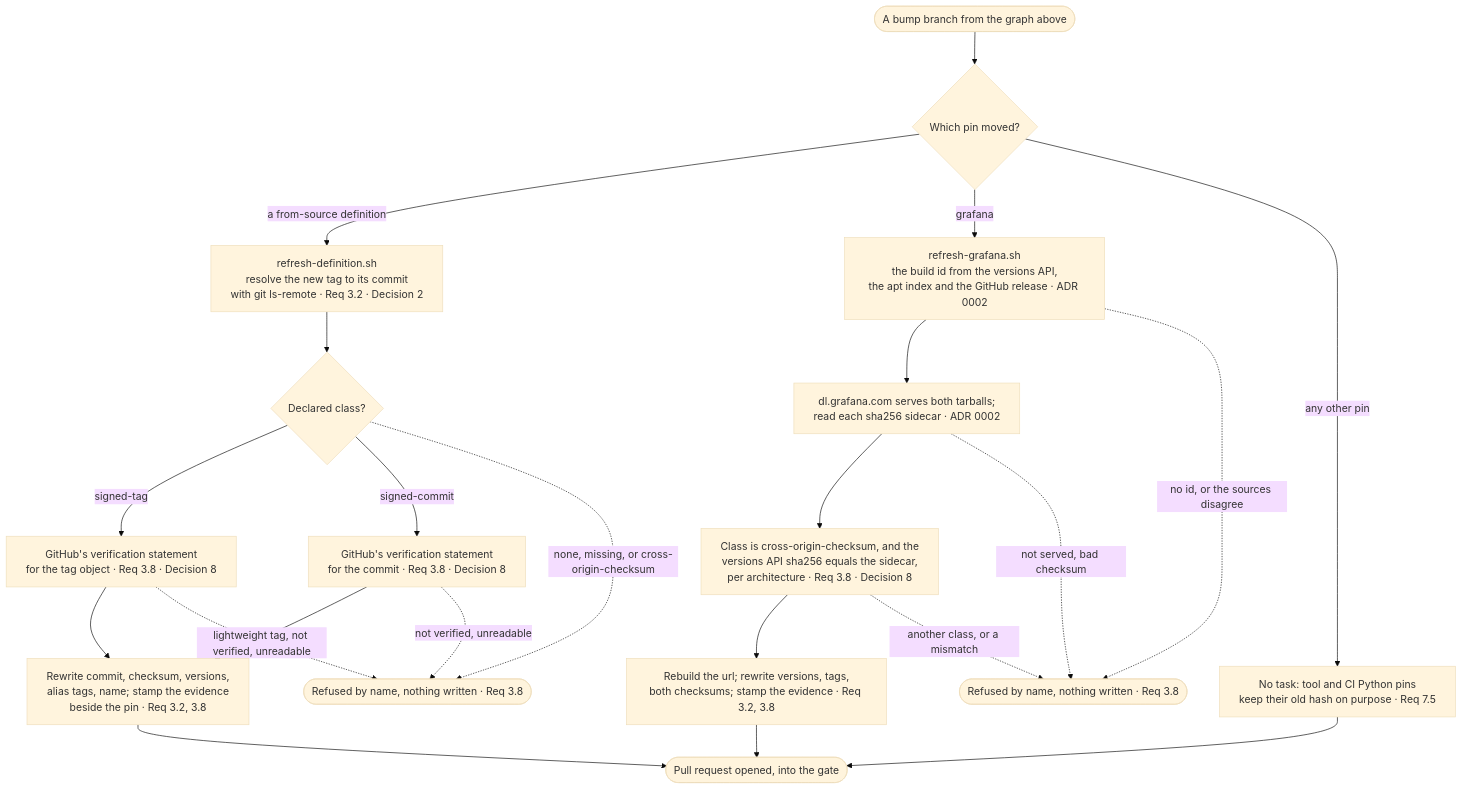
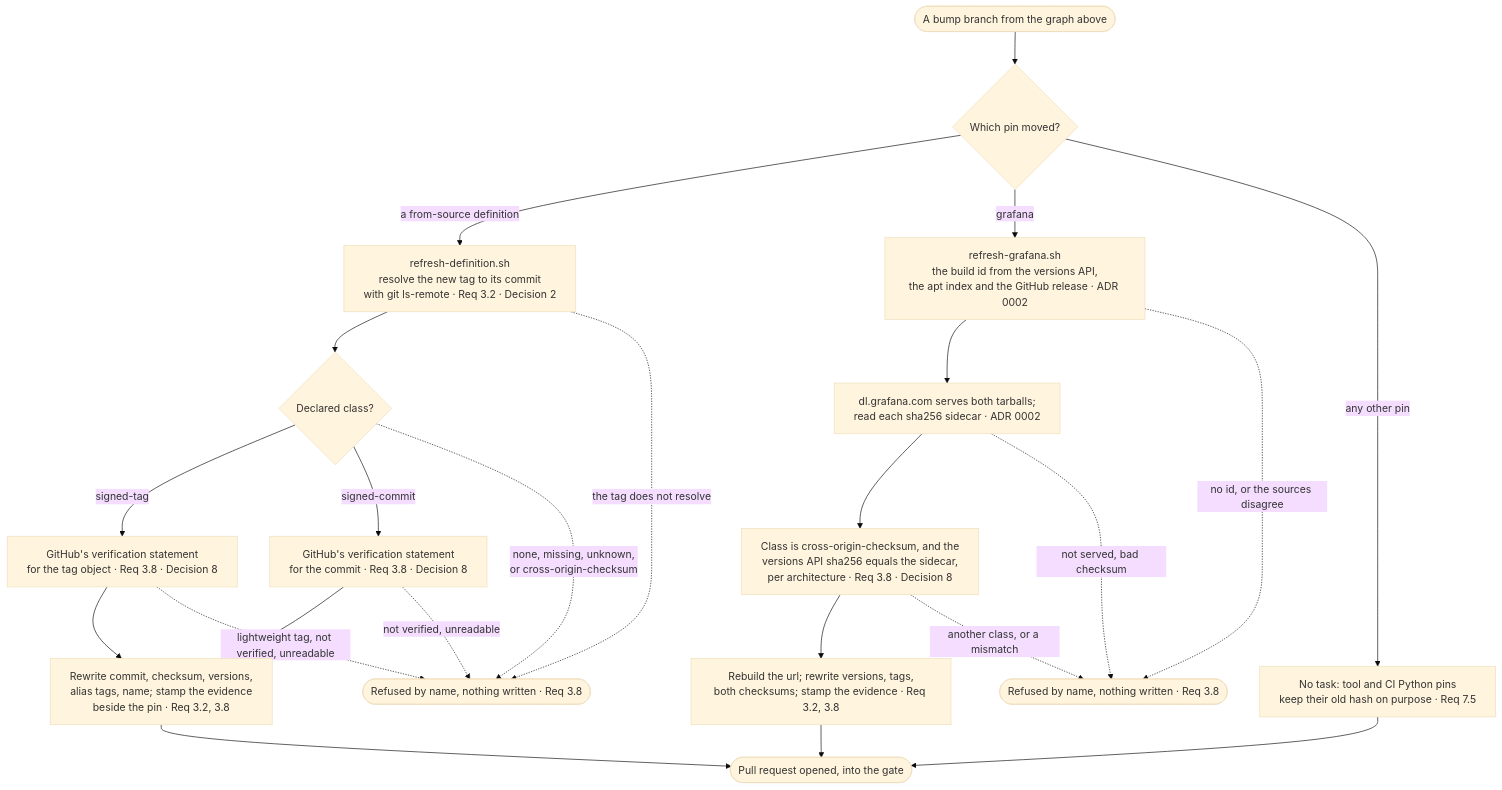
One commit to mm-weber/dhc-pipeline changed the third of 31 diagrams in docs/lanes.md. Above: the diagram before and after it, drawn with Mermaid (base theme). The commit also changed other lines of this file, not shown here.

````diff
--- a/docs/lanes.md
+++ b/docs/lanes.md
@@ -82,32 +82,33 @@
 ```mermaid
 %%{init: {"flowchart": {"wrappingWidth": 340}}}%%
 flowchart TB
     BR(["A bump branch from the graph above"])
     K{"Which pin moved?"}
     DEF["refresh-definition.sh<br/>resolve the new tag to its commit<br/>with git ls-remote · Req 3.2 · Decision 2"]
     C1{"Declared class?"}
     VT["GitHub's verification statement<br/>for the tag object · Req 3.8 · Decision 8"]
     VC["GitHub's verification statement<br/>for the commit · Req 3.8 · Decision 8"]
     W1["Rewrite commit, checksum, versions,<br/>alias tags, name; stamp the evidence<br/>beside the pin · Req 3.2, 3.8"]
     GRA["refresh-grafana.sh<br/>the build id from the versions API,<br/>the apt index and the GitHub release · ADR 0002"]
     SRV["dl.grafana.com serves both tarballs;<br/>read each sha256 sidecar · ADR 0002"]
     XO["Class is cross-origin-checksum, and the<br/>versions API sha256 equals the sidecar,<br/>per architecture · Req 3.8 · Decision 8"]
     W2["Rebuild the url; rewrite versions, tags,<br/>both checksums; stamp the evidence · Req 3.2, 3.8"]
     NOTASK["No task: tool and CI Python pins<br/>keep their old hash on purpose · Req 7.5"]
     PR(["Pull request opened, into the gate"])
     REF1(["Refused by name, nothing written · Req 3.8"])
     REF2(["Refused by name, nothing written · Req 3.8"])
     BR --> K
     K -->|a from-source definition| DEF --> C1
     C1 -->|signed-tag| VT --> W1
     C1 -->|signed-commit| VC --> W1
     W1 --> PR
     K -->|grafana| GRA --> SRV --> XO --> W2 --> PR
     K -->|any other pin| NOTASK --> PR
-    C1 -.->|none, missing, or cross-origin-checksum| REF1
+    DEF -.->|the tag does not resolve| REF1
+    C1 -.->|none, missing, unknown,<br/>or cross-origin-checksum| REF1
     VT -.->|lightweight tag, not verified, unreadable| REF1
     VC -.->|not verified, unreadable| REF1
     GRA -.->|no id, or the sources disagree| REF2
     SRV -.->|not served, bad checksum| REF2
     XO -.->|another class, or a mismatch| REF2
 ```
````
